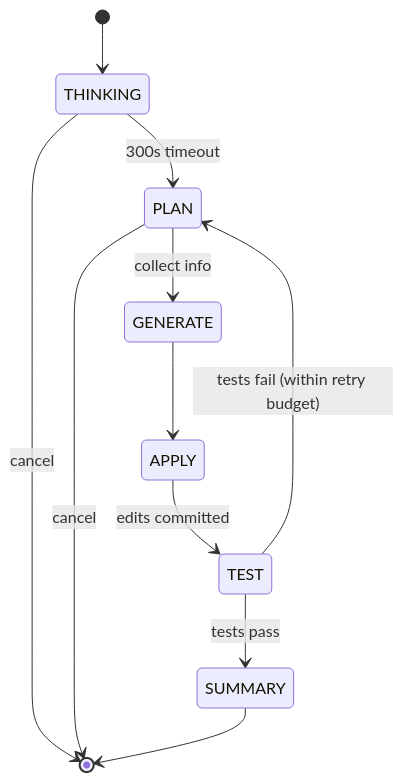
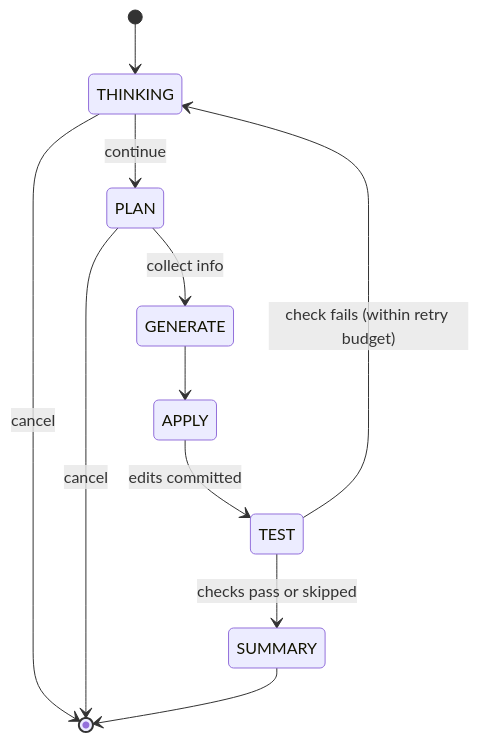
Before and after one commit to NumarAI/numar-releases: the second of 3 diagrams in README.md, drawn with Mermaid. The commit also changed other lines of this file and 1 other file, not shown here.

First line of the commit message:
docs: refresh README for Agent Workflow, SO Mode, and Compile/Test

````diff
--- a/README.md
+++ b/README.md
@@ -189,13 +211,13 @@
 ```mermaid
 stateDiagram-v2
     [*] --> THINKING
-    THINKING --> PLAN: 300s timeout
+    THINKING --> PLAN: continue
     THINKING --> [*]: cancel
     PLAN --> GENERATE: collect info
     PLAN --> [*]: cancel
     GENERATE --> APPLY
     APPLY --> TEST: edits committed
-    TEST --> SUMMARY: tests pass
-    TEST --> PLAN: tests fail (within retry budget)
+    TEST --> SUMMARY: checks pass or skipped
+    TEST --> THINKING: check fails (within retry budget)
     SUMMARY --> [*]
 ```
````
